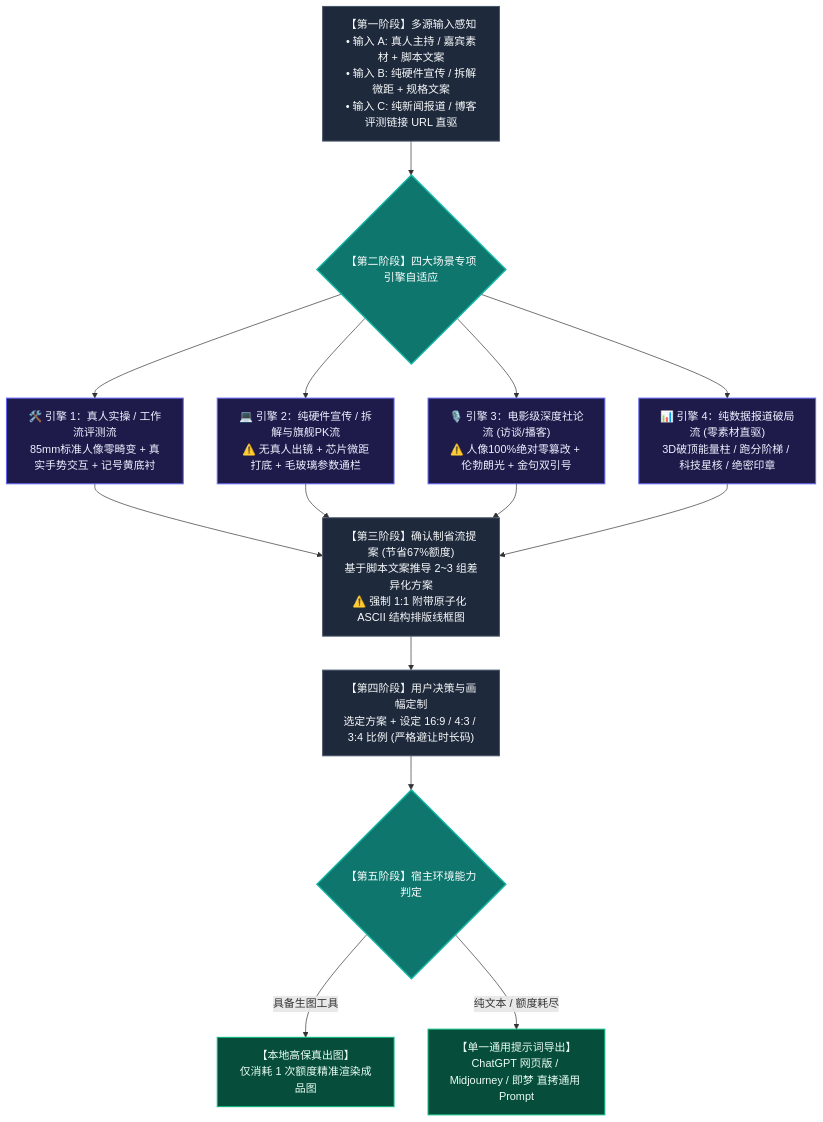
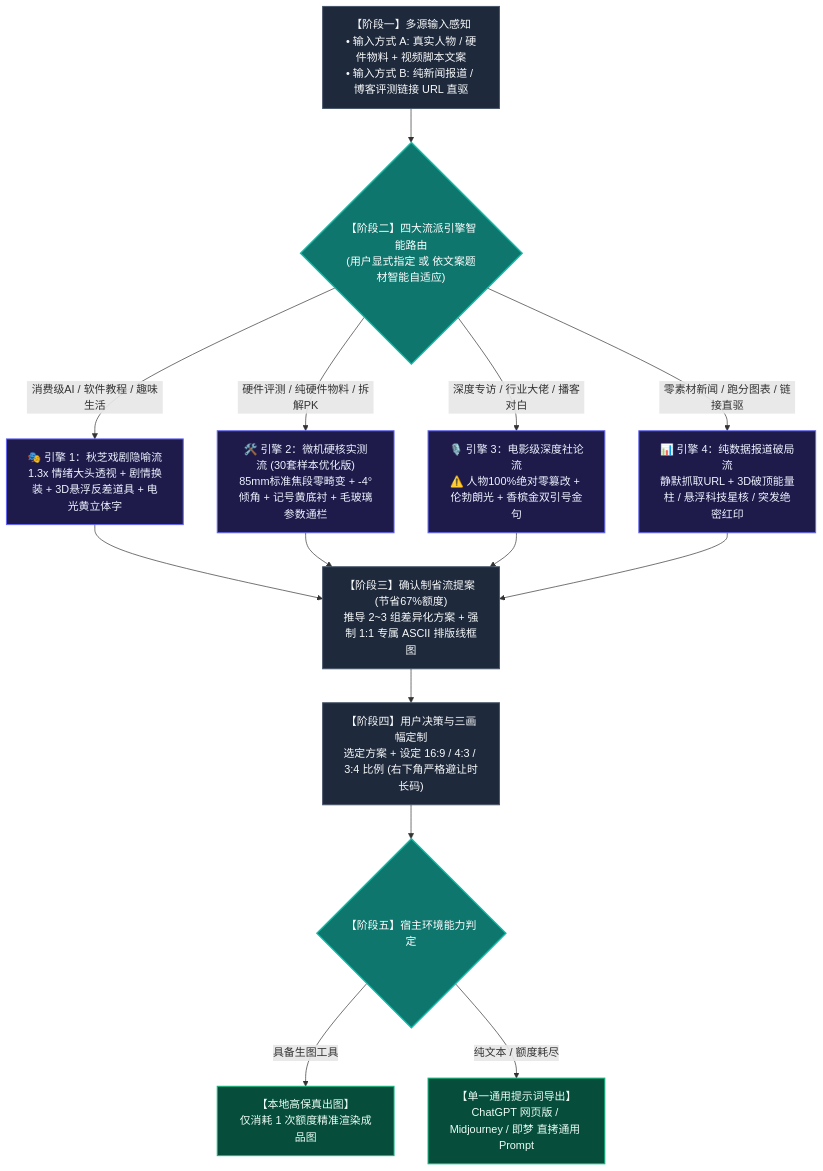
One commit to XuBeiYou408/video-cover-designer changed the diagram in SKILL.md. Above: the diagram before and after it, drawn with Mermaid. The commit also changed other lines of this file and 1 other file, not shown here.

Commit message:
feat(architecture): restore full multi-style suite with optimized Microcomputer engine alongside Qiuzhi, Editorial, and Data engines

````diff
--- a/SKILL.md
+++ b/SKILL.md
@@ -88,31 +15,31 @@
 ```mermaid
 flowchart TD
-    A["【第一阶段】多源输入感知<br>• 输入 A: 真人主持 / 嘉宾素材 + 脚本文案<br>• 输入 B: 纯硬件宣传 / 拆解微距 + 规格文案<br>• 输入 C: 纯新闻报道 / 博客评测链接 URL 直驱"]
-    --> B{"【第二阶段】四大场景专项引擎自适应"}
+    A["【阶段一】多源输入感知<br>• 输入方式 A: 真实人物 / 硬件物料 + 视频脚本文案<br>• 输入方式 B: 纯新闻报道 / 博客评测链接 URL 直驱"]
+    --> B{"【阶段二】四大流派引擎智能路由<br>(用户显式指定 或 依文案题材智能自适应)"}
 
-    B --> C1["🛠️ 引擎 1：真人实操 / 工作流评测流<br>85mm标准人像零畸变 + 真实手势交互 + 记号黄底衬"]
-    B --> C2["💻 引擎 2：纯硬件宣传 / 拆解与旗舰PK流<br>⚠️ 无真人出镜 + 芯片微距打底 + 毛玻璃参数通栏"]
-    B --> C3["🎙️ 引擎 3：电影级深度社论流 (访谈/播客)<br>⚠️ 人像100%绝对零篡改 + 伦勃朗光 + 金句双引号"]
-    B --> C4["📊 引擎 4：纯数据报道破局流 (零素材直驱)<br>3D破顶能量柱 / 跑分阶梯 / 科技星核 / 绝密印章"]
+    B -->|消费级AI / 软件教程 / 趣味生活| C1["🎭 引擎 1：秋芝戏剧隐喻流<br>1.3x 情绪大头透视 + 剧情换装 + 3D悬浮反差道具 + 电光黄立体字"]
+    B -->|硬件评测 / 纯硬件物料 / 拆解PK| C2["🛠️ 引擎 2：微机硬核实测流 (30套样本优化版)<br>85mm标准焦段零畸变 + -4°倾角 + 记号黄底衬 + 毛玻璃参数通栏"]
+    B -->|深度专访 / 行业大佬 / 播客对白| C3["🎙️ 引擎 3：电影级深度社论流<br>⚠️ 人物100%绝对零篡改 + 伦勃朗光 + 香槟金双引号金句"]
+    B -->|零素材新闻 / 跑分图表 / 链接直驱| C4["📊 引擎 4：纯数据报道破局流<br>静默抓取URL + 3D破顶能量柱 / 悬浮科技星核 / 突发绝密红印"]
 
-    C1 --> D["【第三阶段】确认制省流提案 (节省67%额度)<br>基于脚本文案推导 2~3 组差异化方案<br>⚠️ 强制 1:1 附带原子化 ASCII 结构排版线框图"]
+    C1 --> D["【阶段三】确认制省流提案 (节省67%额度)<br>推导 2~3 组差异化方案 + 强制 1:1 专属 ASCII 排版线框图"]
     C2 --> D
     C3 --> D
     C4 --> D
 
-    D --> E["【第四阶段】用户决策与画幅定制<br>选定方案 + 设定 16:9 / 4:3 / 3:4 比例 (严格避让时长码)"]
+    D --> E["【阶段四】用户决策与三画幅定制<br>选定方案 + 设定 16:9 / 4:3 / 3:4 比例 (右下角严格避让时长码)"]
 
-    E --> F{"【第五阶段】宿主环境能力判定"}
+    E --> F{"【阶段五】宿主环境能力判定"}
     F -->|具备生图工具| G["【本地高保真出图】<br>仅消耗 1 次额度精准渲染成品图"]
     F -->|纯文本 / 额度耗尽| H["【单一通用提示词导出】<br>ChatGPT 网页版 / Midjourney / 即梦 直拷通用 Prompt"]
 
     classDef stage fill:#1E293B,stroke:#475569,color:#F8FAFC,stroke-width:1.5px;
     classDef decision fill:#0F766E,stroke:#14B8A6,color:#FFFFFF,stroke-width:2px;
     classDef engine fill:#1E1B4B,stroke:#6366F1,color:#EEF2FF,stroke-width:1.5px;
     classDef output fill:#064E3B,stroke:#10B981,color:#ECFDF5,stroke-width:1.5px;
 
     class A,D,E stage;
     class B,F decision;
     class C1,C2,C3,C4 engine;
     class G,H output;
 ```
````
